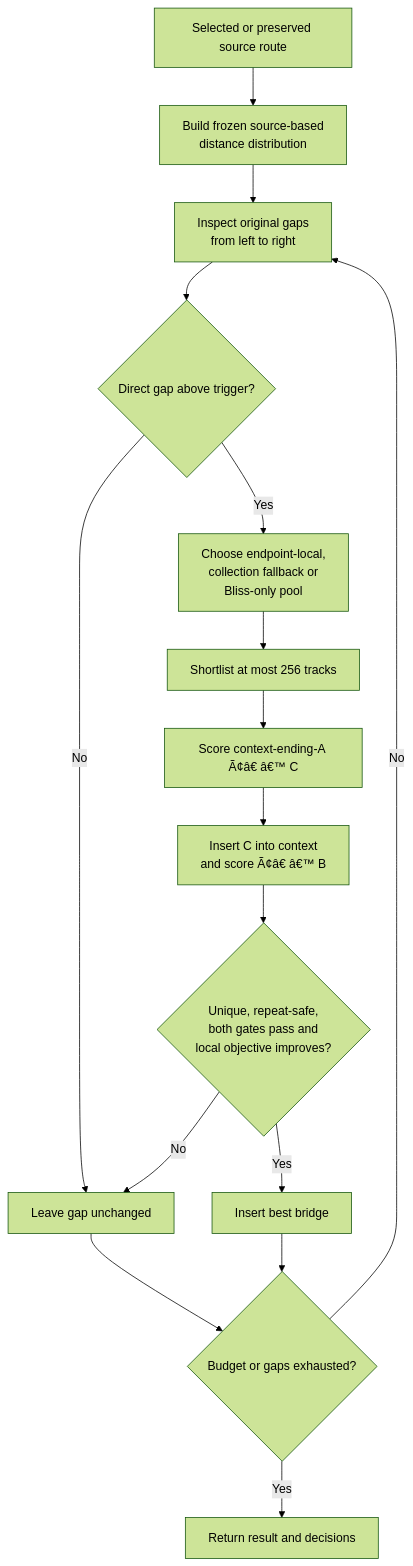
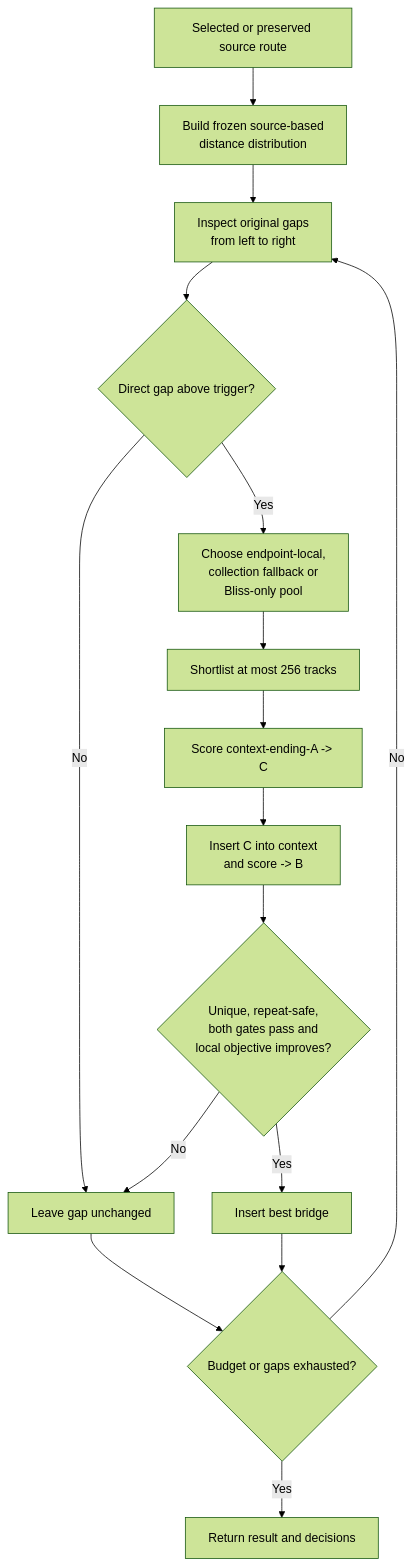
The fourth of 8 diagrams in ALGORITHMS.md (chrober/lms-better-call-bliss), drawn with Mermaid (forest theme) before and after one commit. The commit also changed other lines of this file and 1 other file, not shown here.

```diff
--- a/ALGORITHMS.md
+++ b/ALGORITHMS.md
@@ -269,18 +277,18 @@
 ~~~mermaid
 flowchart TD
     A["Selected or preserved source route"] --> B["Build frozen source-based<br/>distance distribution"]
     B --> C["Inspect original gaps<br/>from left to right"]
     C --> D{"Direct gap above trigger?"}
     D -- No --> N["Leave gap unchanged"]
     D -- Yes --> E["Choose endpoint-local,<br/>collection fallback or<br/>Bliss-only pool"]
     E --> F["Shortlist at most 256 tracks"]
-    F --> G["Score context-ending-A Ã¢â€ â€™ C"]
-    G --> H["Insert C into context<br/>and score Ã¢â€ â€™ B"]
+    F --> G["Score context-ending-A -> C"]
+    G --> H["Insert C into context<br/>and score -> B"]
     H --> I{"Unique, repeat-safe,<br/>both gates pass and<br/>local objective improves?"}
     I -- No --> N
     I -- Yes --> J["Insert best bridge"]
     J --> K{"Budget or gaps exhausted?"}
     N --> K
     K -- No --> C
     K -- Yes --> R["Return result and decisions"]
 ~~~
```
